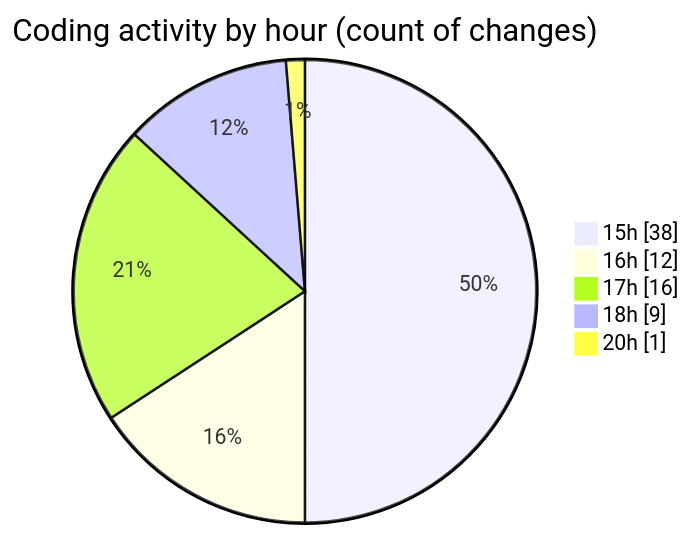
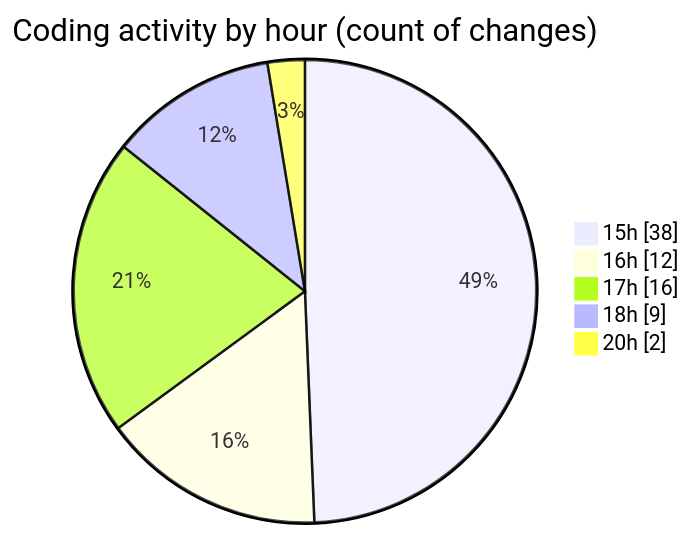
The second of 2 diagrams in 2025-09-08/cashcalculator/README.md (nxtqubesakshisongat/code-tracking), drawn with Mermaid before and after one commit. The commit also changed other lines of this file and 1 other file, not shown here.

````diff
--- a/2025-09-08/cashcalculator/README.md
+++ b/2025-09-08/cashcalculator/README.md
@@ -28,9 +28,9 @@
 ```mermaid
 pie showData
 title Coding activity by hour (count of changes)
 "15h" : 38
 "16h" : 12
 "17h" : 16
 "18h" : 9
-"20h" : 1
+"20h" : 2
 ```
````
